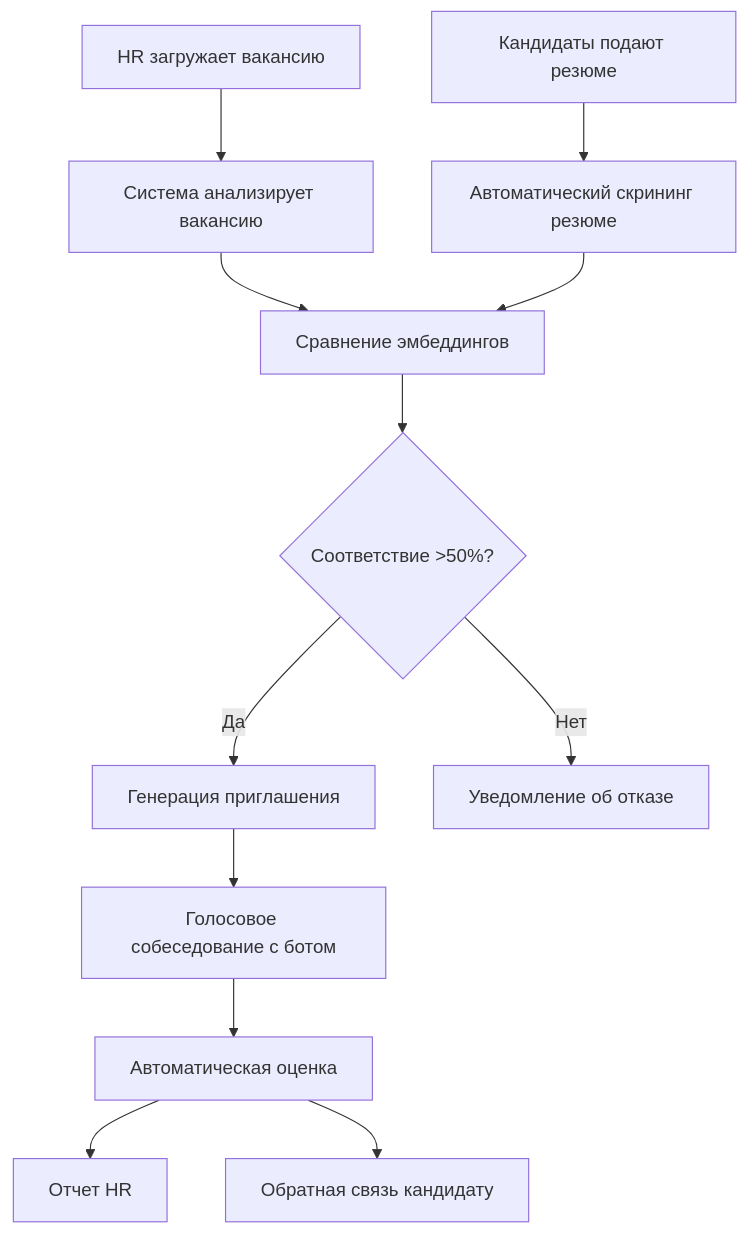
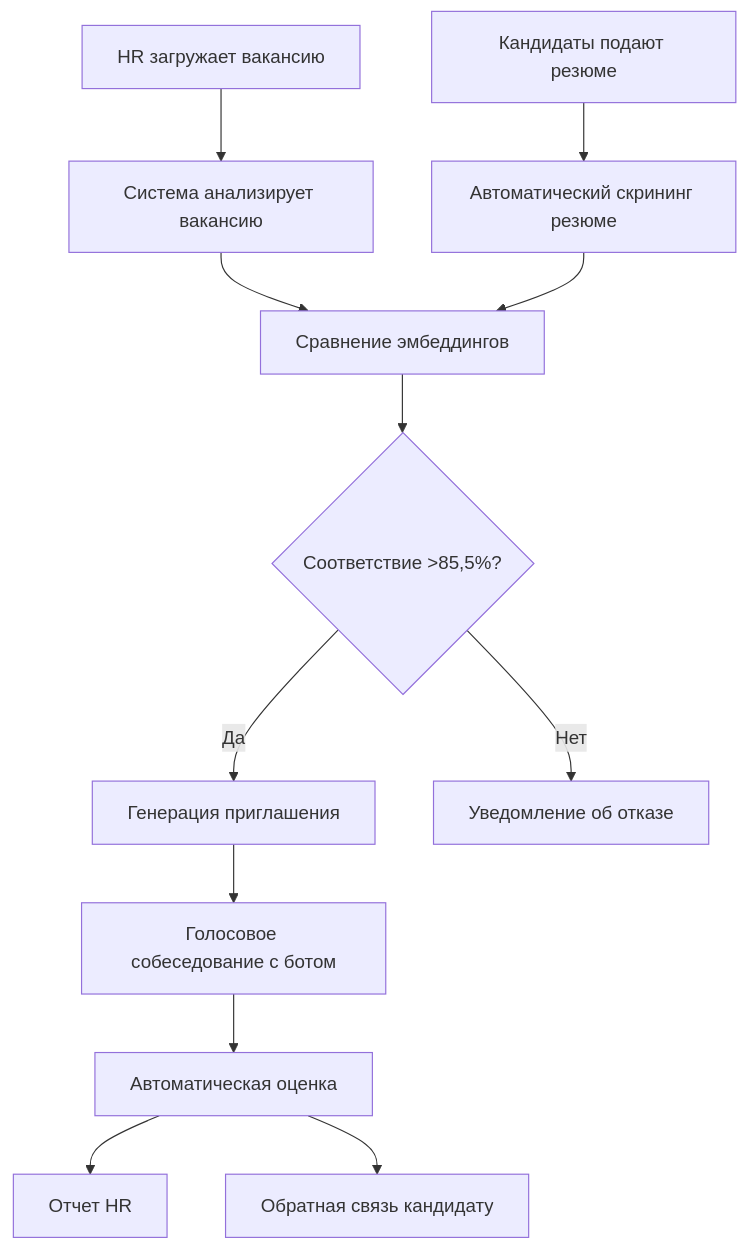
The first of 3 diagrams in README.md (OlgaKonshina/HR_AI), drawn with Mermaid before and after one commit. The commit also changed other lines of this file, not shown here.

````diff
--- a/README.md
+++ b/README.md
@@ -35,14 +35,14 @@
 ```mermaid
 graph TD
     A[HR загружает вакансию] --> B[Система анализирует вакансию]
     C[Кандидаты подают резюме] --> D[Автоматический скрининг резюме]
     B --> E[Сравнение эмбеддингов]
     D --> E
-    E --> F{Соответствие >50%?}
+    E --> F{Соответствие >85,5%?}
     F -->|Да| G[Генерация приглашения]
     F -->|Нет| H[Уведомление об отказе]
     G --> I[Голосовое собеседование с ботом]
     I --> J[Автоматическая оценка]
     J --> K[Отчет HR]
     J --> L[Обратная связь кандидату]
 ```
````
